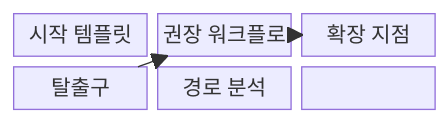
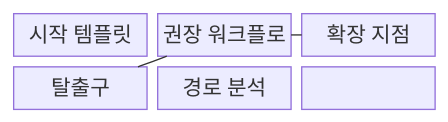
The first of 2 diagrams in src/content/docs/notes/03-software/083_internal_developer_platform_golden_path.md (agnusdei1207/knowledge-base), drawn with Mermaid before and after one commit. The commit also changed other lines of this file and 493 other files, not shown here.

````diff
--- a/src/content/docs/notes/03-software/083_internal_developer_platform_golden_path.md
+++ b/src/content/docs/notes/03-software/083_internal_developer_platform_golden_path.md
@@ -70,12 +70,12 @@
 ```mermaid
-block
+block-beta
   columns 3
   S["시작 템플릿"]
   W["권장 워크플로"]
   E["확장 지점"]
   H["탈출구"]
   A["경로 분석"]
-  S --> W --> A
-  E --> W
-  H --> W
+  S --- W --- A
+  E --- W
+  H --- W
 ```
````
